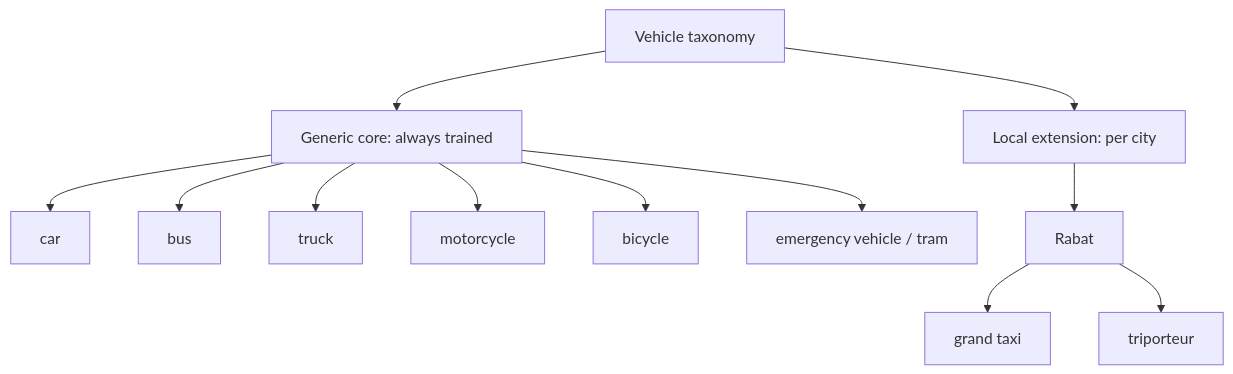
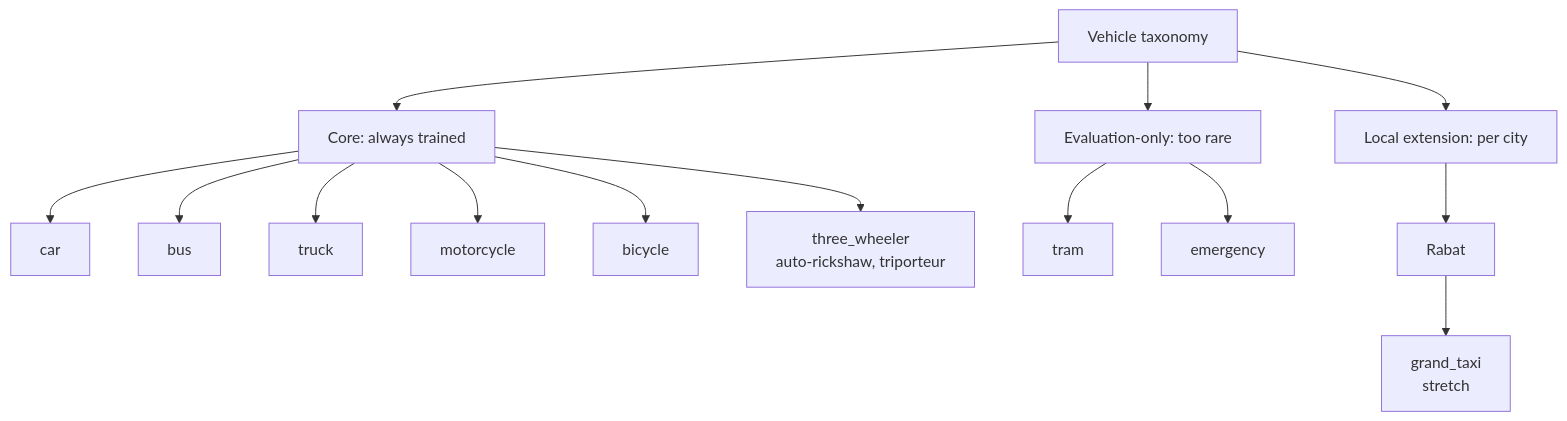
One commit to adam04-D/vaso-traffic changed the third of 5 diagrams in functional_spec.md. Above: the diagram before and after it, drawn with Mermaid. The commit also changed other lines of this file and 3 other files, not shown here.

````diff
--- a/functional_spec.md
+++ b/functional_spec.md
@@ -79,11 +79,11 @@
 ```mermaid
 flowchart TD
     ROOT[Vehicle taxonomy]
-    ROOT --> CORE[Generic core: always trained]
+    ROOT --> CORE[Core: always trained]
+    ROOT --> EVAL[Evaluation-only: too rare]
     ROOT --> LOCAL[Local extension: per city]
-    CORE --> car & bus & truck & motorcycle & bicycle
-    CORE --> special[emergency vehicle / tram]
+    CORE --> car & bus & truck & motorcycle & bicycle & TW[three_wheeler<br/>auto-rickshaw, triporteur]
+    EVAL --> tram & emergency
     LOCAL --> RBT[Rabat]
-    RBT --> GT[grand taxi]
-    RBT --> TRI[triporteur]
+    RBT --> GT[grand_taxi<br/>stretch]
 ```
````
